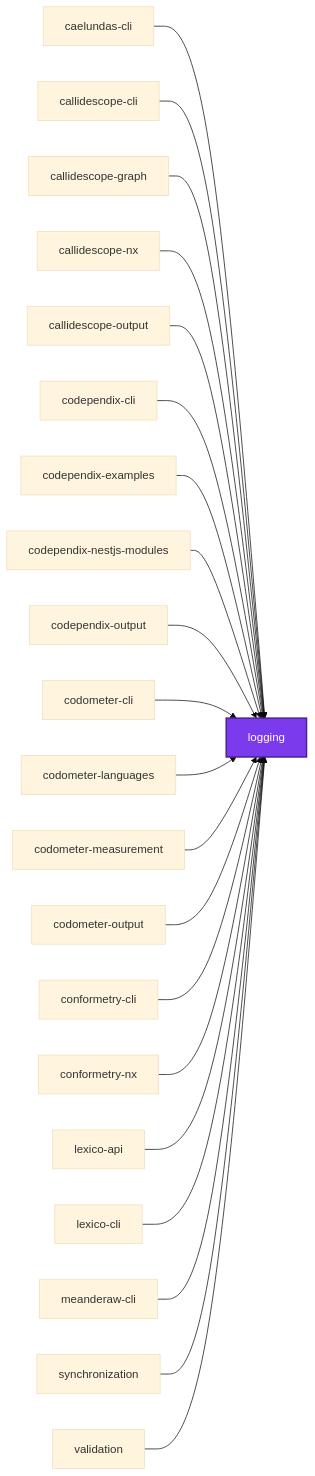
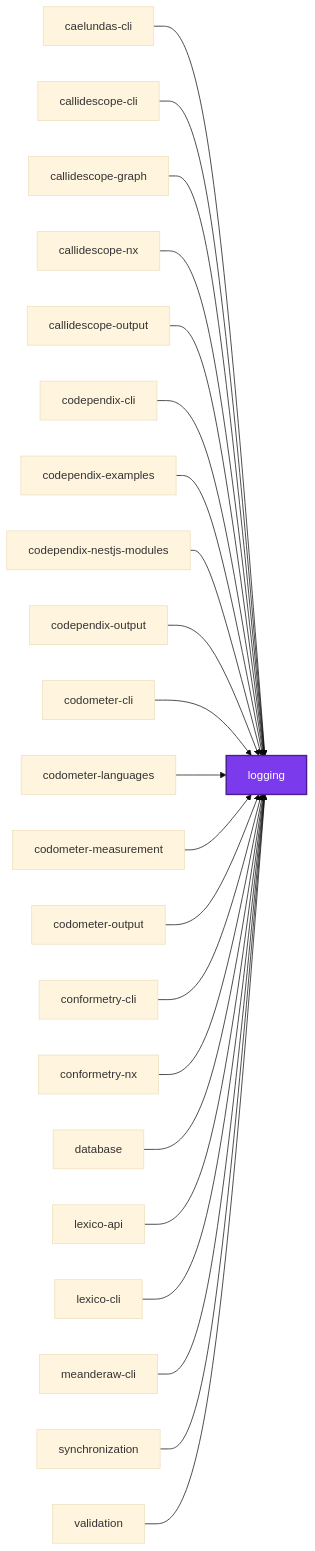
One commit to organizzolini/codebase changed the first of 3 diagrams in projects/logging/README.md. Above: the diagram before and after it, drawn with Mermaid (base theme). The commit also changed 70 other files, not shown here.

````diff
--- a/projects/logging/README.md
+++ b/projects/logging/README.md
@@ -136,46 +136,48 @@
 ```mermaid
 graph LR
   caelundas_cli["caelundas-cli"]
   callidescope_cli["callidescope-cli"]
   callidescope_graph["callidescope-graph"]
   callidescope_nx["callidescope-nx"]
   callidescope_output["callidescope-output"]
   codependix_cli["codependix-cli"]
   codependix_examples["codependix-examples"]
   codependix_nestjs_modules["codependix-nestjs-modules"]
   codependix_output["codependix-output"]
   codometer_cli["codometer-cli"]
   codometer_languages["codometer-languages"]
   codometer_measurement["codometer-measurement"]
   codometer_output["codometer-output"]
   conformetry_cli["conformetry-cli"]
   conformetry_nx["conformetry-nx"]
+  database["database"]
   lexico_api["lexico-api"]
   lexico_cli["lexico-cli"]
   logging["logging"]
   meanderaw_cli["meanderaw-cli"]
   synchronization["synchronization"]
   validation["validation"]
   caelundas_cli --> logging
   callidescope_cli --> logging
   callidescope_graph --> logging
   callidescope_nx --> logging
   callidescope_output --> logging
   codependix_cli --> logging
   codependix_examples --> logging
   codependix_nestjs_modules --> logging
   codependix_output --> logging
   codometer_cli --> logging
   codometer_languages --> logging
   codometer_measurement --> logging
   codometer_output --> logging
   conformetry_cli --> logging
   conformetry_nx --> logging
+  database --> logging
   lexico_api --> logging
   lexico_cli --> logging
   meanderaw_cli --> logging
   synchronization --> logging
   validation --> logging
   classDef subject fill:#7c3aed,color:#fff,stroke:#4c1d95,stroke-width:2px
   class logging subject
 ```
````
